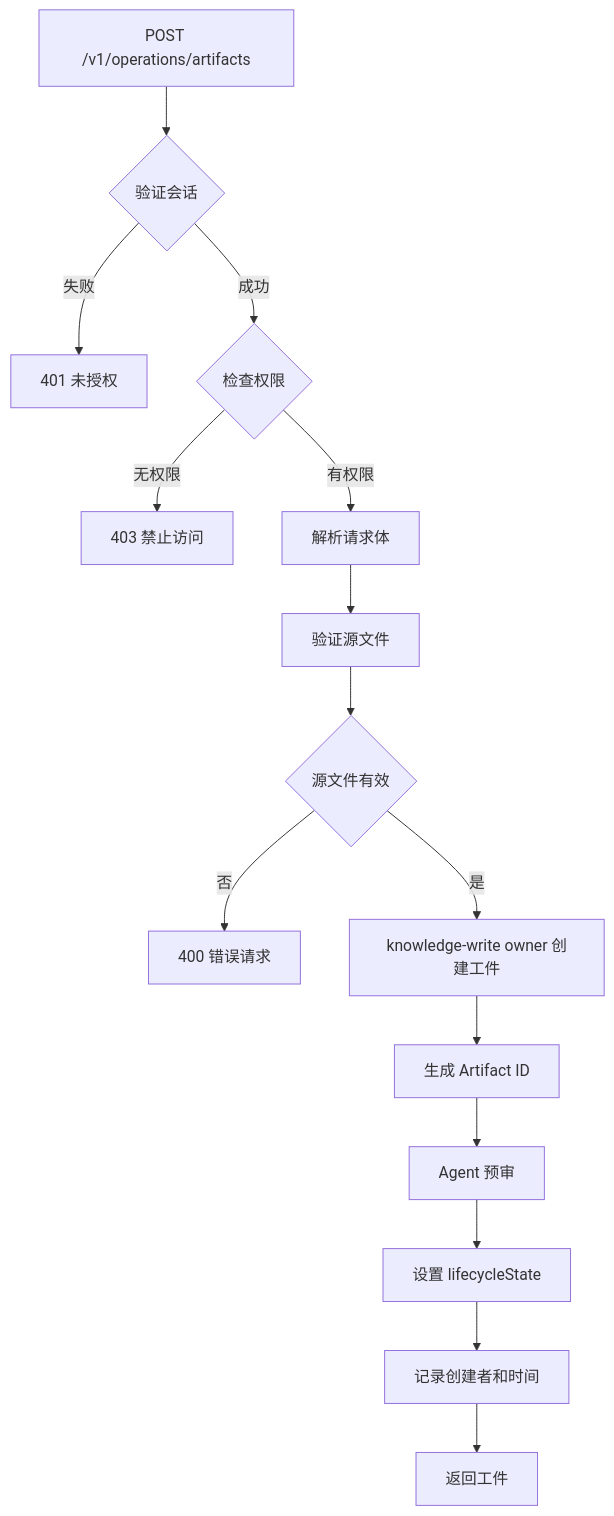
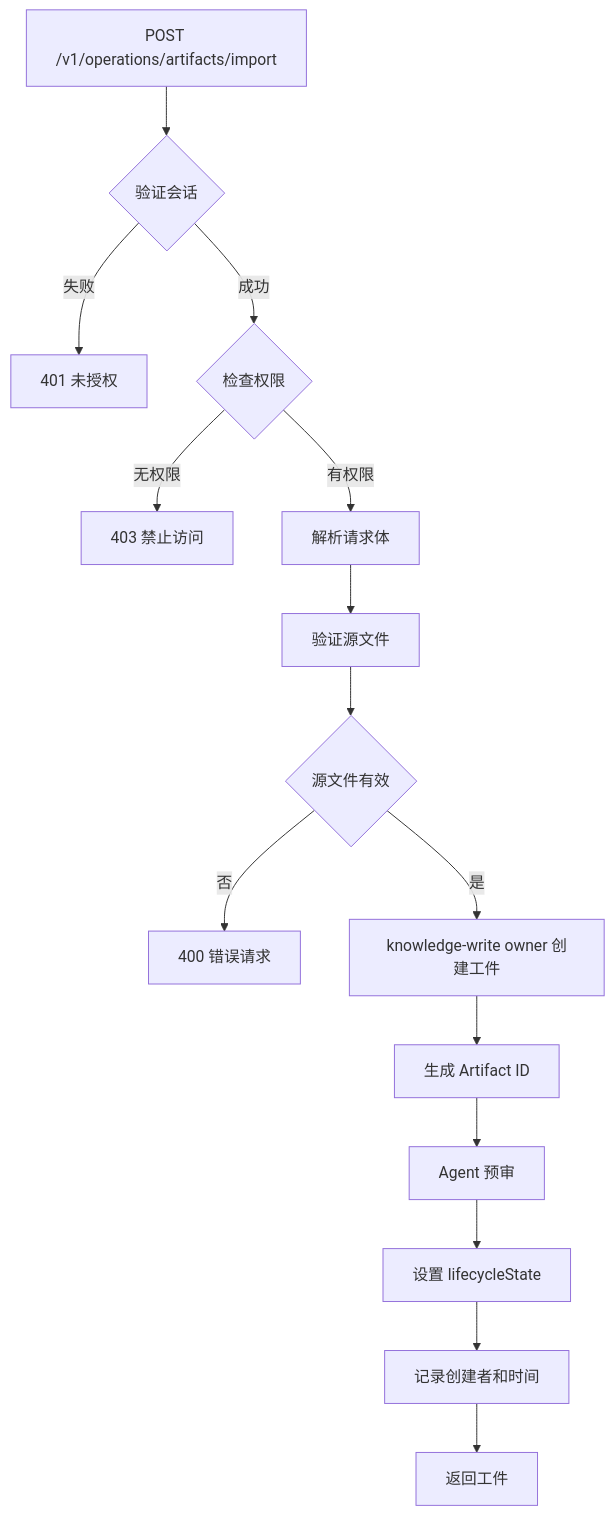
Before and after one commit to pofossette/TrapMap-for-vibing: the fourth of 7 diagrams in docs/architecture/components/ARTIFACTS.md, drawn with Mermaid. The commit also changed other lines of this file and 2 other files, not shown here.

````diff
--- a/docs/architecture/components/ARTIFACTS.md
+++ b/docs/architecture/components/ARTIFACTS.md
@@ -250,19 +250,19 @@
 ```mermaid
 flowchart TB
-    A[POST /v1/operations/artifacts] --> B{验证会话}
+    A[POST /v1/operations/artifacts/import] --> B{验证会话}
     B -->|失败| C[401 未授权]
     B -->|成功| D{检查权限}
     D -->|无权限| E[403 禁止访问]
     D -->|有权限| F[解析请求体]
     
     F --> G[验证源文件]
     G --> H{源文件有效}
     H -->|否| I[400 错误请求]
     H -->|是| J[knowledge-write owner 创建工件]
     
     J --> K[生成 Artifact ID]
     K --> L[Agent 预审]
     L --> M[设置 lifecycleState]
     M --> N[记录创建者和时间]
     N --> O[返回工件]
 ```
````
